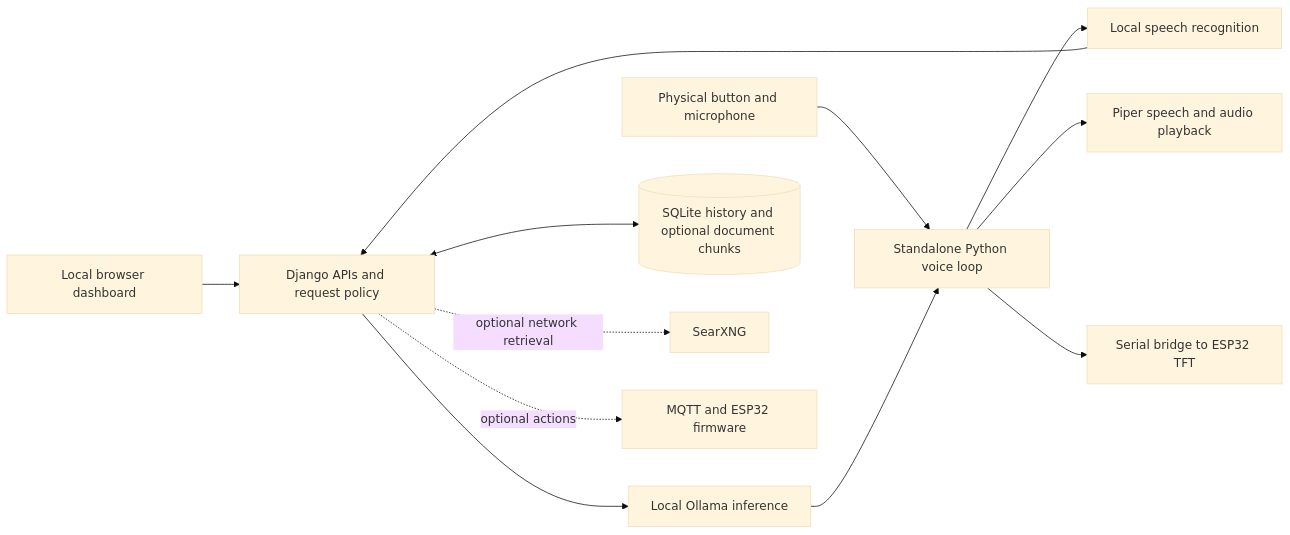
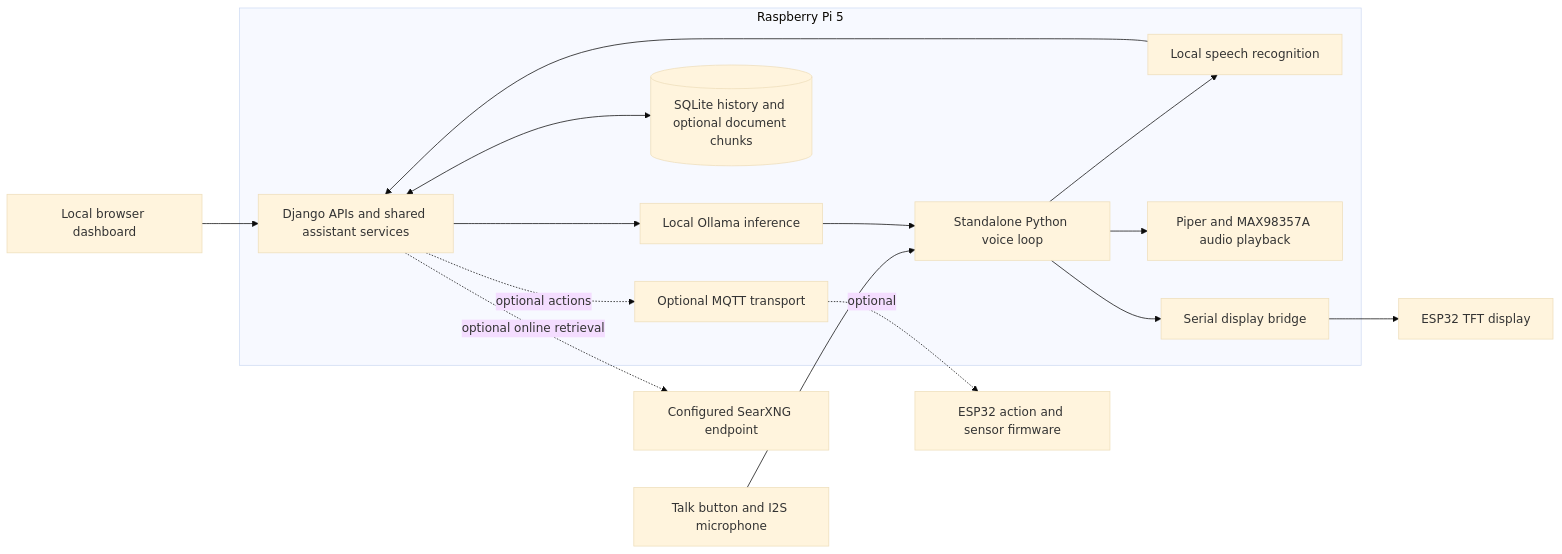
One commit to Jagadish0216/smart-ai-companion changed the diagram in README.md. Above: the diagram before and after it, drawn with Mermaid (base theme). The commit also changed other lines of this file and 15 other files, not shown here.

````diff
--- a/README.md
+++ b/README.md
@@ -41,14 +41,19 @@
 ```mermaid
 flowchart LR
-    Browser[Local browser dashboard] --> Django[Django APIs and request policy]
-    Button[Physical button and microphone] --> Voice[Standalone Python voice loop]
-    Voice --> STT[Local speech recognition]
-    STT --> Django
-    Django --> Ollama[Local Ollama inference]
-    Django <--> DB[(SQLite history and optional document chunks)]
-    Django -. optional network retrieval .-> Search[SearXNG]
-    Django -. optional actions .-> MQTT[MQTT and ESP32 firmware]
-    Ollama --> Voice
-    Voice --> Piper[Piper speech and audio playback]
-    Voice --> Serial[Serial bridge to ESP32 TFT]
+    Browser[Local browser dashboard] --> Django
+    Button[Talk button and I2S microphone] --> Voice
+    subgraph Pi[Raspberry Pi 5]
+        Django[Django APIs and shared assistant services]
+        Voice[Standalone Python voice loop] --> STT[Local speech recognition]
+        STT --> Django
+        Django --> Ollama[Local Ollama inference]
+        Django <--> DB[(SQLite history and optional document chunks)]
+        Ollama --> Voice
+        Voice --> Piper[Piper and MAX98357A audio playback]
+        Voice --> Serial[Serial display bridge]
+        Django -. optional actions .-> MQTT[Optional MQTT transport]
+    end
+    Serial --> TFT[ESP32 TFT display]
+    MQTT -. optional .-> Actions[ESP32 action and sensor firmware]
+    Django -. optional online retrieval .-> Search[Configured SearXNG endpoint]
 ```
````
